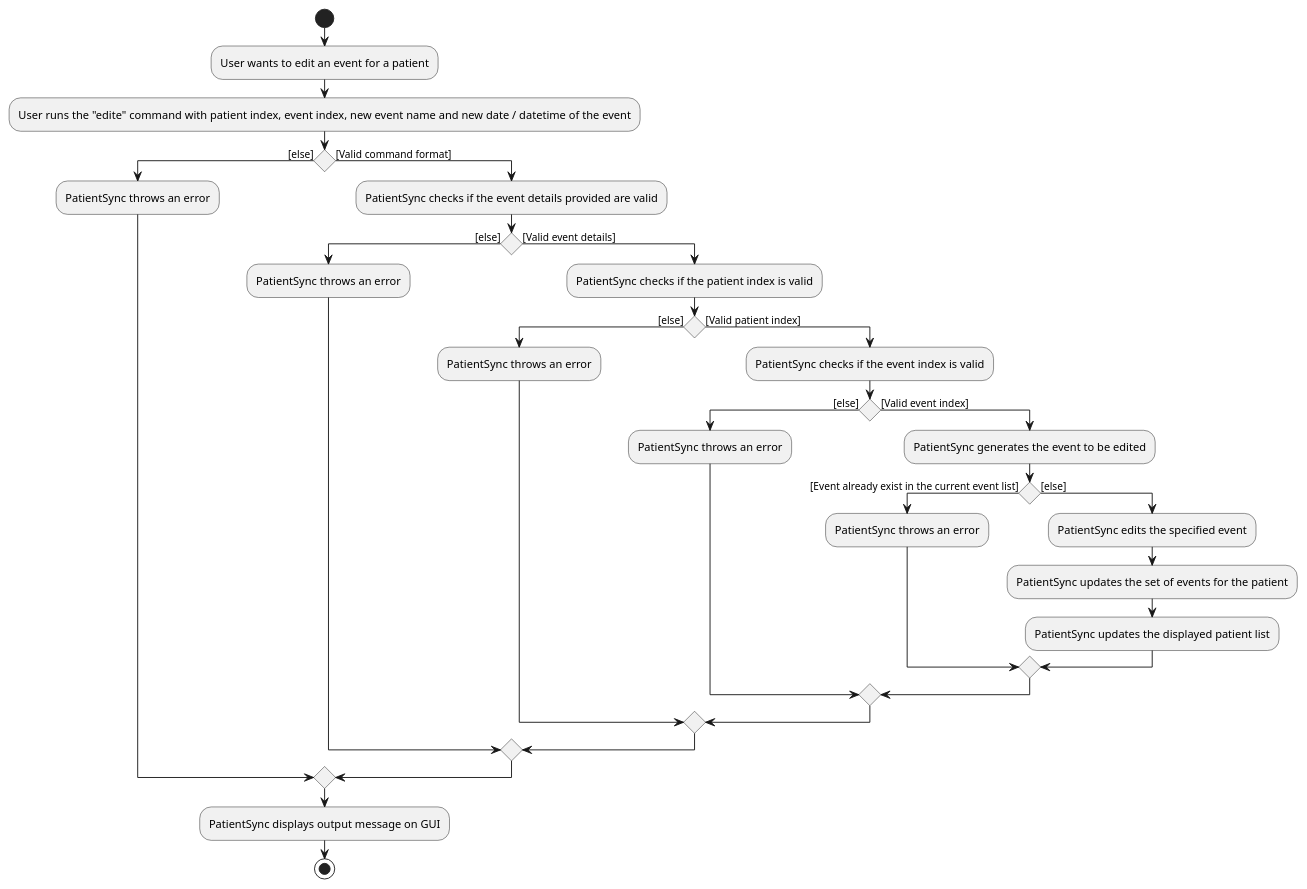
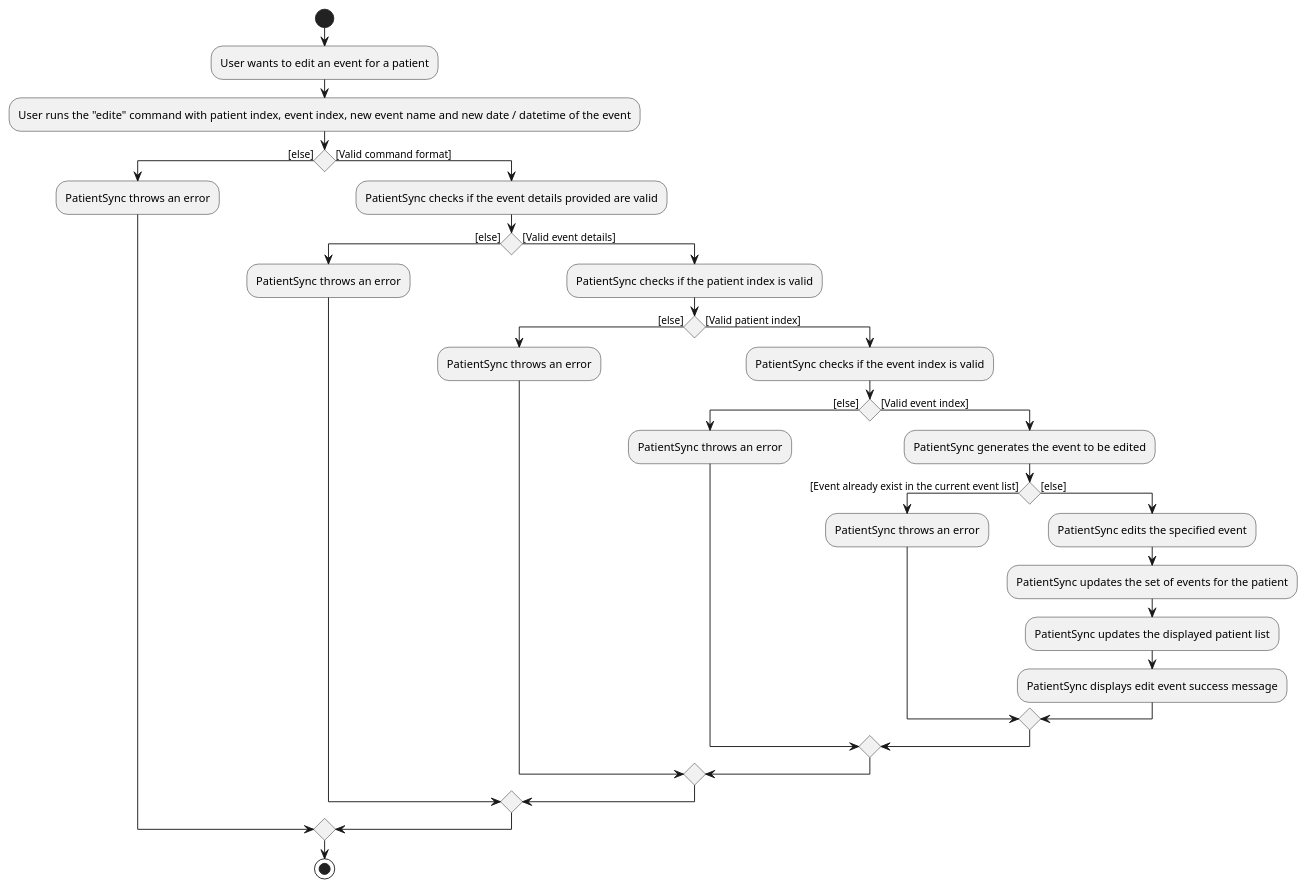
One commit to NeoHW/tp changed the diagram in docs/diagrams/EditEventActivityDiagram.puml. Above: the diagram before and after it, drawn with PlantUML. The commit also changed 3 other files, not shown here.

Commit message:
Update Activity Diagrams

```diff
--- a/docs/diagrams/EditEventActivityDiagram.puml
+++ b/docs/diagrams/EditEventActivityDiagram.puml
@@ -1,34 +1,34 @@
 @startuml
 start
 :User wants to edit an event for a patient;
 :User runs the "edite" command with patient index, event index, new event name and new date / datetime of the event;
 if () then ([else])
     :PatientSync throws an error;
 else ([Valid command format])
     :PatientSync checks if the event details provided are valid;
     if () then ([else])
         :PatientSync throws an error;
     else ([Valid event details])
         :PatientSync checks if the patient index is valid;
         if () then ([else])
             :PatientSync throws an error;
         else ([Valid patient index])
             :PatientSync checks if the event index is valid;
             if () then ([else])
                 :PatientSync throws an error;
             else ([Valid event index])
                 :PatientSync generates the event to be edited;
                 if () then ([Event already exist in the current event list])
                     :PatientSync throws an error;
                 else ([else])
                     :PatientSync edits the specified event;
                     :PatientSync updates the set of events for the patient;
                     :PatientSync updates the displayed patient list;
+                    :PatientSync displays edit event success message;
                 endif
             endif
         endif
     endif
 endif
-:PatientSync displays output message on GUI;
 stop
 @enduml
```
